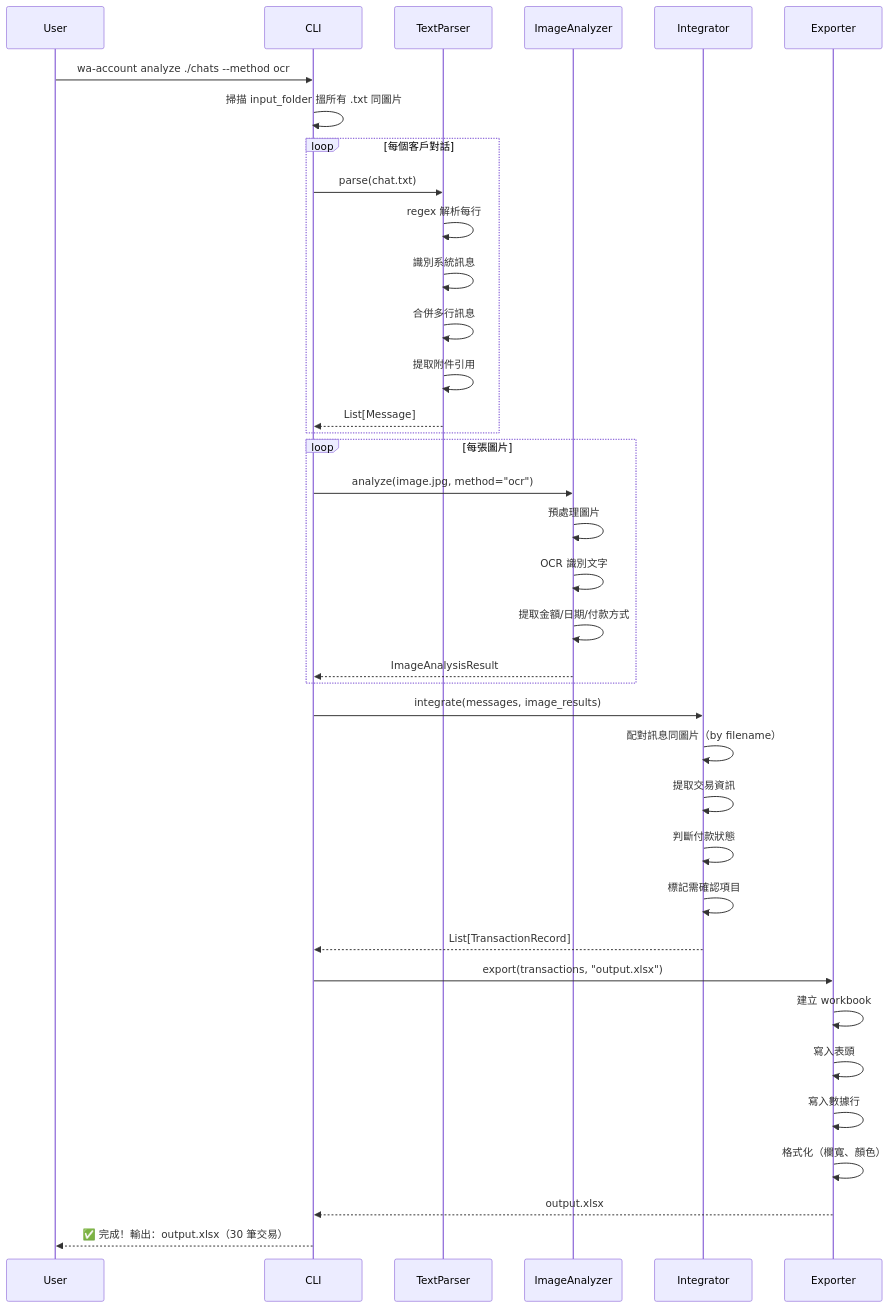
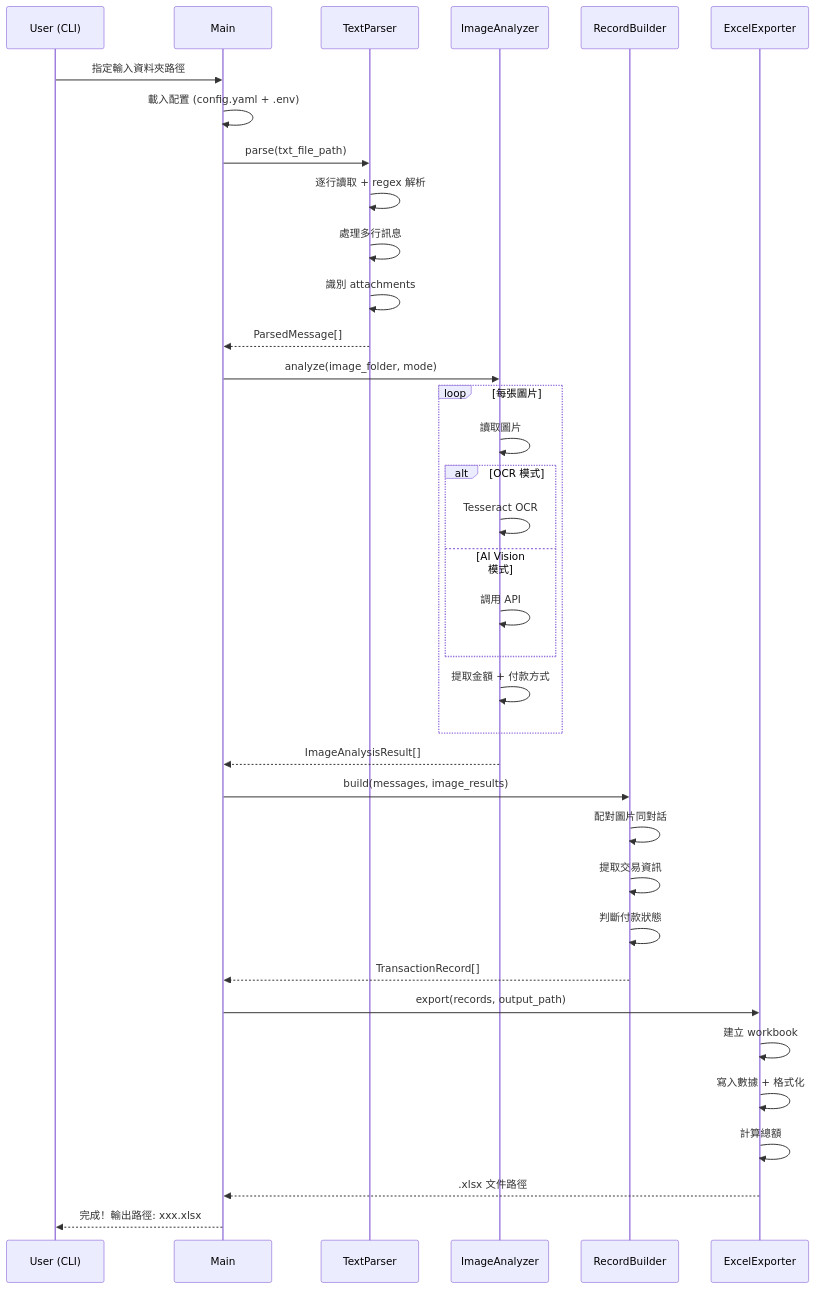
The first of 3 diagrams in ProjectRecord/ProjectWhatsapp/specs/design.md (projectdave425528/ProjectAgentExample), drawn with Mermaid before and after one commit. The commit also changed other lines of this file and 14 other files, not shown here.

````diff
--- a/ProjectRecord/ProjectWhatsapp/specs/design.md
+++ b/ProjectRecord/ProjectWhatsapp/specs/design.md
@@ -168,45 +200,43 @@
 ```mermaid
 sequenceDiagram
-    participant User
-    participant CLI
-    participant TextParser
-    participant ImageAnalyzer
-    participant Integrator
-    participant Exporter
+    participant U as User (CLI)
+    participant M as Main
+    participant P as TextParser
+    participant A as ImageAnalyzer
+    participant B as RecordBuilder
+    participant E as ExcelExporter
 
-    User->>CLI: wa-account analyze ./chats --method ocr
-    CLI->>CLI: 掃描 input_folder 搵所有 .txt 同圖片
-    
-    loop 每個客戶對話
-        CLI->>TextParser: parse(chat.txt)
-        TextParser->>TextParser: regex 解析每行
-        TextParser->>TextParser: 識別系統訊息
-        TextParser->>TextParser: 合併多行訊息
-        TextParser->>TextParser: 提取附件引用
-        TextParser-->>CLI: List[Message]
+    U->>M: 指定輸入資料夾路徑
+    M->>M: 載入配置 (config.yaml + .env)
+    M->>P: parse(txt_file_path)
+    P->>P: 逐行讀取 + regex 解析
+    P->>P: 處理多行訊息
+    P->>P: 識別 attachments
+    P-->>M: ParsedMessage[]
+
+    M->>A: analyze(image_folder, mode)
+    loop 每張圖片
+        A->>A: 讀取圖片
+        alt OCR 模式
+            A->>A: Tesseract OCR
+        else AI Vision 模式
+            A->>A: 調用 API
+        end
+        A->>A: 提取金額 + 付款方式
     end
+    A-->>M: ImageAnalysisResult[]
 
-    loop 每張圖片
-        CLI->>ImageAnalyzer: analyze(image.jpg, method="ocr")
-        ImageAnalyzer->>ImageAnalyzer: 預處理圖片
-        ImageAnalyzer->>ImageAnalyzer: OCR 識別文字
-        ImageAnalyzer->>ImageAnalyzer: 提取金額/日期/付款方式
-        ImageAnalyzer-->>CLI: ImageAnalysisResult
-    end
+    M->>B: build(messages, image_results)
+    B->>B: 配對圖片同對話
+    B->>B: 提取交易資訊
+    B->>B: 判斷付款狀態
+    B-->>M: TransactionRecord[]
 
-    CLI->>Integrator: integrate(messages, image_results)
-    Integrator->>Integrator: 配對訊息同圖片（by filename）
-    Integrator->>Integrator: 提取交易資訊
-    Integrator->>Integrator: 判斷付款狀態
-    Integrator->>Integrator: 標記需確認項目
-    Integrator-->>CLI: List[TransactionRecord]
+    M->>E: export(records, output_path)
+    E->>E: 建立 workbook
+    E->>E: 寫入數據 + 格式化
+    E->>E: 計算總額
+    E-->>M: .xlsx 文件路徑
 
-    CLI->>Exporter: export(transactions, "output.xlsx")
-    Exporter->>Exporter: 建立 workbook
-    Exporter->>Exporter: 寫入表頭
-    Exporter->>Exporter: 寫入數據行
-    Exporter->>Exporter: 格式化（欄寬、顏色）
-    Exporter-->>CLI: output.xlsx
-
-    CLI-->>User: ✅ 完成！輸出：output.xlsx（30 筆交易）
+    M-->>U: 完成！輸出路徑: xxx.xlsx
 ```
````
